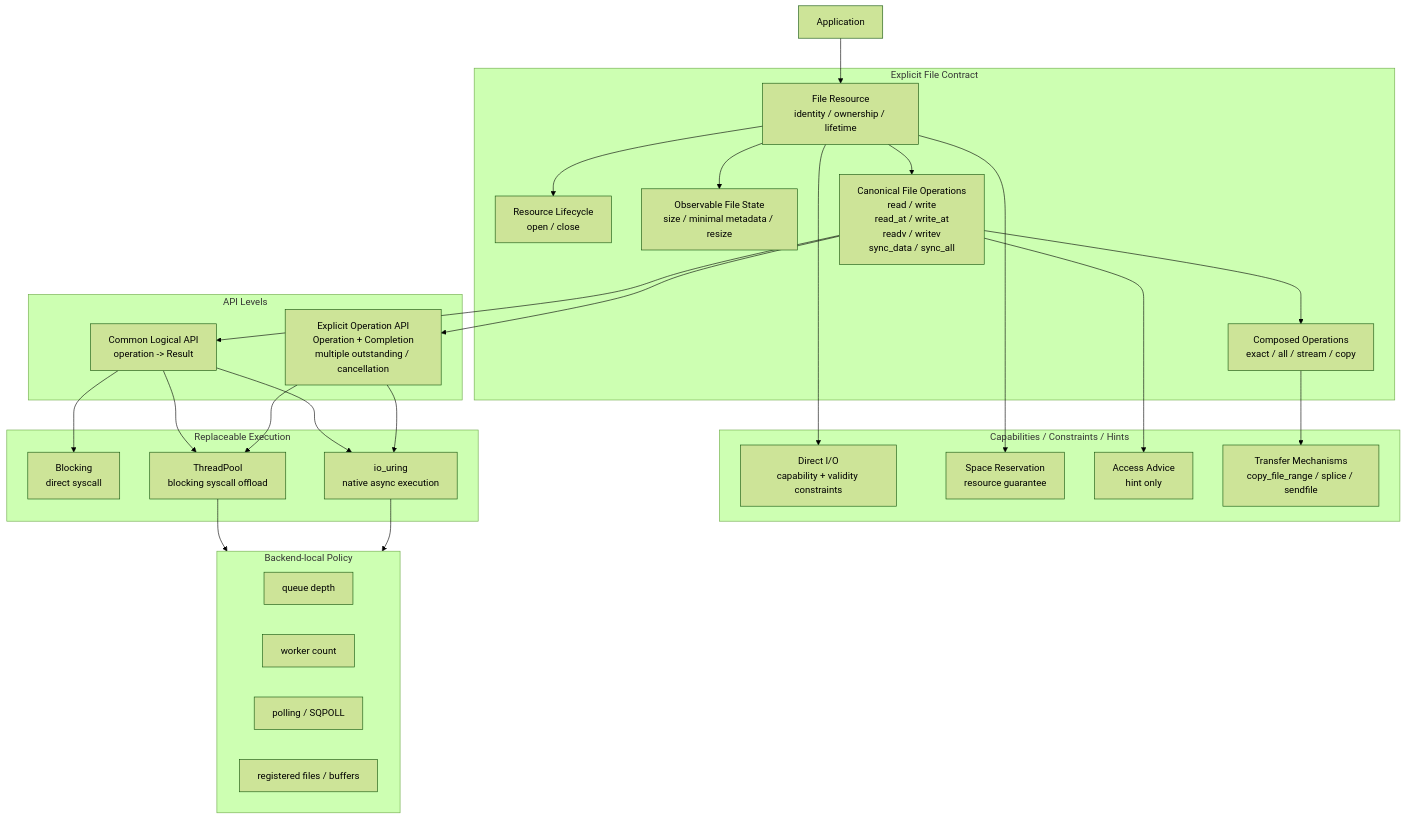
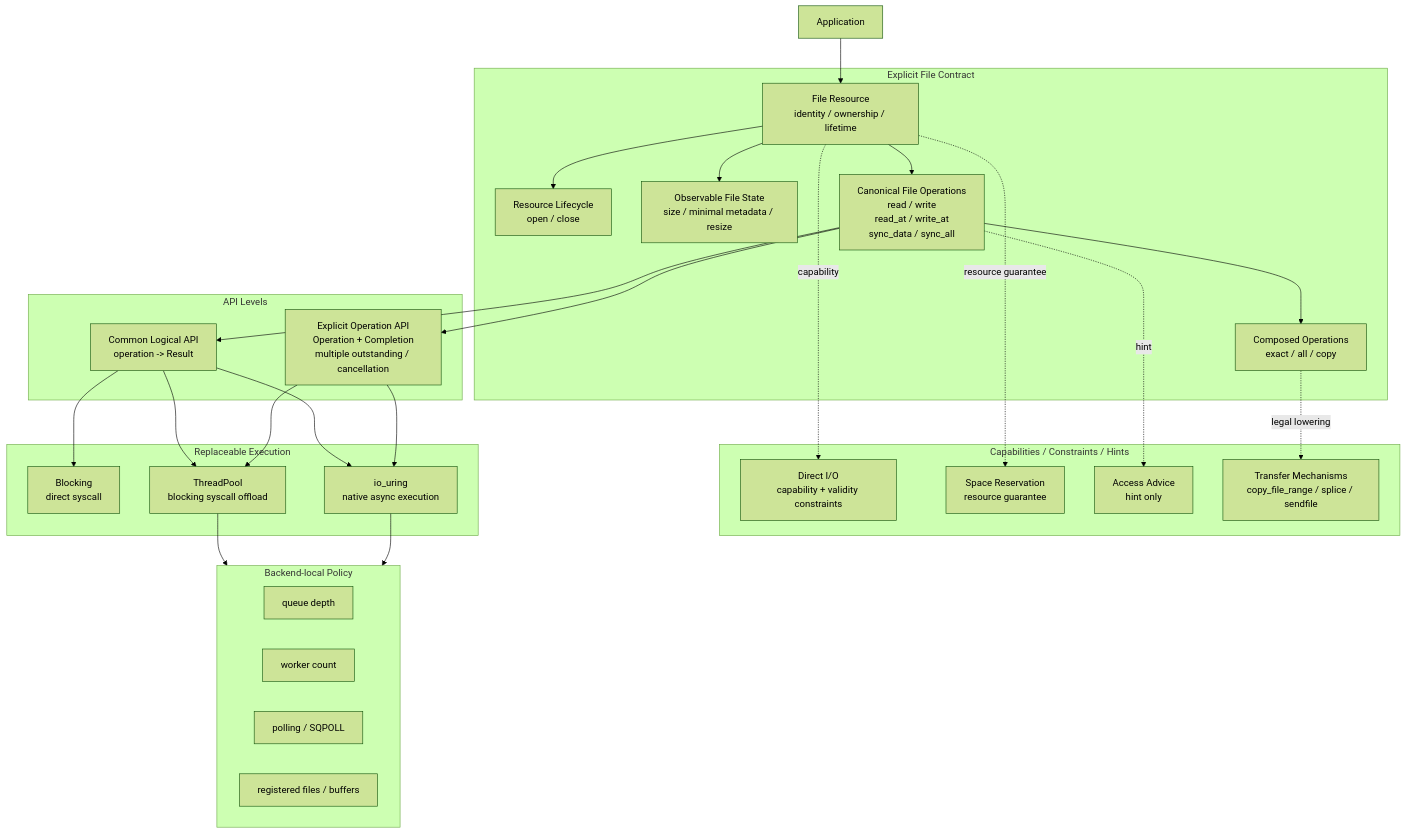
Before and after one commit to jnhu76/Sluice: the diagram in docs/adr/0002-explicit-file-api-architecture.md, drawn with Mermaid (forest theme). The commit also changed other lines of this file and 2 other files, not shown here.

````diff
--- a/docs/adr/0002-explicit-file-api-architecture.md
+++ b/docs/adr/0002-explicit-file-api-architecture.md
@@ -82,61 +82,61 @@
 ```mermaid
 flowchart TD
     APP["Application"]
 
     subgraph CONTRACT["Explicit File Contract"]
         FILE["File Resource<br/>identity / ownership / lifetime"]
         OPEN["Resource Lifecycle<br/>open / close"]
         STATE["Observable File State<br/>size / minimal metadata / resize"]
-        OP["Canonical File Operations<br/>read / write<br/>read_at / write_at<br/>readv / writev<br/>sync_data / sync_all"]
-        COMPOSE["Composed Operations<br/>exact / all / stream / copy"]
+        OP["Canonical File Operations<br/>read / write<br/>read_at / write_at<br/>sync_data / sync_all"]
+        COMPOSE["Composed Operations<br/>exact / all / copy"]
     end
 
     subgraph CAPS["Capabilities / Constraints / Hints"]
         DIRECT["Direct I/O<br/>capability + validity constraints"]
         SPACE["Space Reservation<br/>resource guarantee"]
         ADVICE["Access Advice<br/>hint only"]
         COPYCAP["Transfer Mechanisms<br/>copy_file_range / splice / sendfile"]
     end
 
     subgraph API["API Levels"]
         COMMON["Common Logical API<br/>operation -> Result"]
         LOW["Explicit Operation API<br/>Operation + Completion<br/>multiple outstanding / cancellation"]
     end
 
     subgraph EXEC["Replaceable Execution"]
         BLOCK["Blocking<br/>direct syscall"]
         POOL["ThreadPool<br/>blocking syscall offload"]
         URING["io_uring<br/>native async execution"]
     end
 
     subgraph POLICY["Backend-local Policy"]
         QD["queue depth"]
         WORKERS["worker count"]
         POLLING["polling / SQPOLL"]
         REGISTERED["registered files / buffers"]
     end
 
     APP --> FILE
     FILE --> OPEN
     FILE --> STATE
     FILE --> OP
     OP --> COMPOSE
 
-    FILE --> DIRECT
-    FILE --> SPACE
-    OP --> ADVICE
-    COMPOSE --> COPYCAP
+    FILE -. "capability" .-> DIRECT
+    FILE -. "resource guarantee" .-> SPACE
+    OP -. "hint" .-> ADVICE
+    COMPOSE -. "legal lowering" .-> COPYCAP
 
     OP --> COMMON
     OP --> LOW
 
     COMMON --> BLOCK
     COMMON --> POOL
     COMMON --> URING
 
     LOW --> POOL
     LOW --> URING
 
     POOL --> POLICY
     URING --> POLICY
 ```
````
